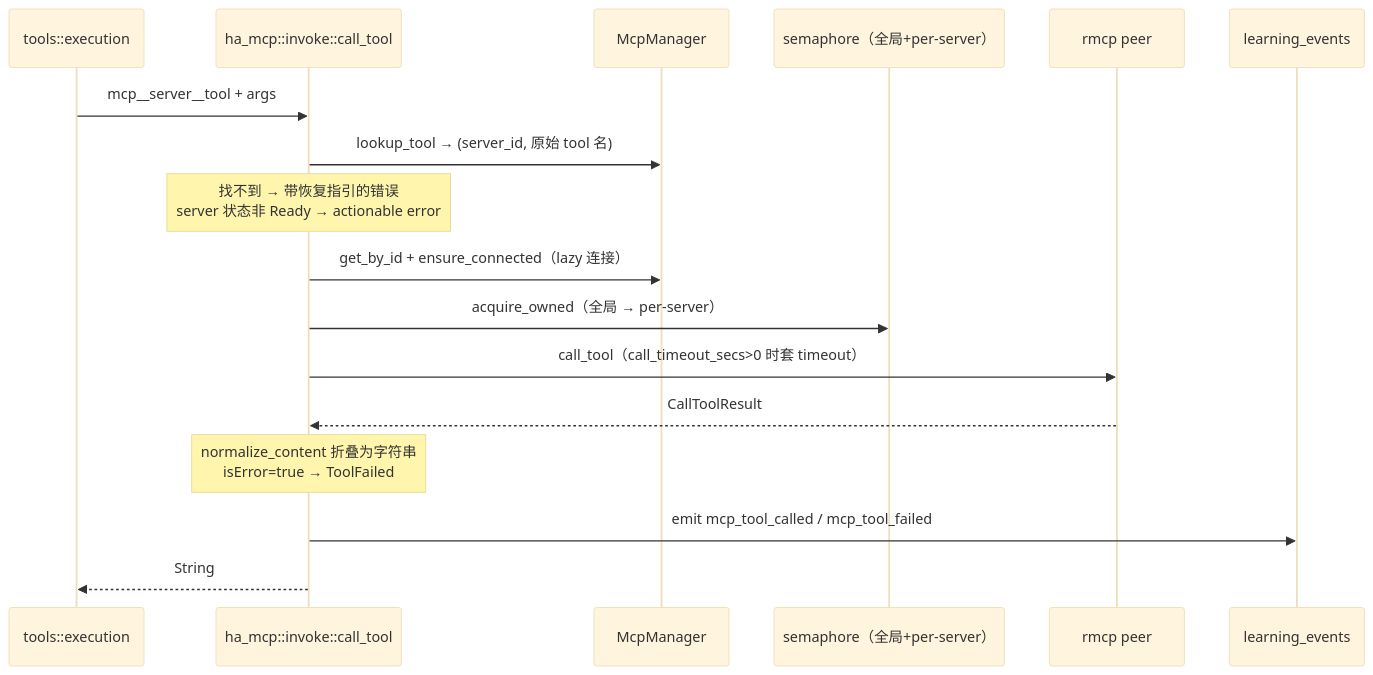
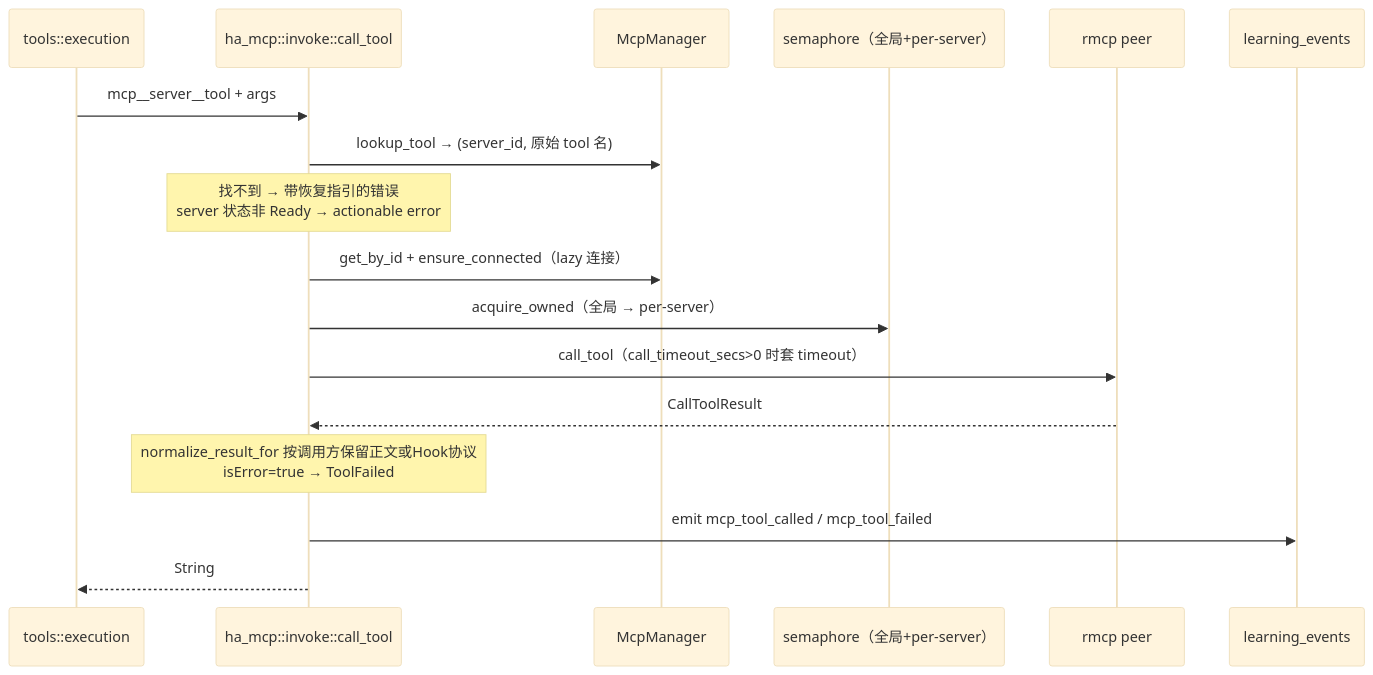
The fourth of 5 diagrams in mirrors/repos/shiwenwen@hope-agent/docs/architecture/integration/mcp.md (gabrielmoreira/agent-skills-mirror), drawn with Mermaid (base theme) before and after one commit. The commit also changed other lines of this file and 1911 other files, not shown here.

````diff
--- a/mirrors/repos/shiwenwen@hope-agent/docs/architecture/integration/mcp.md
+++ b/mirrors/repos/shiwenwen@hope-agent/docs/architecture/integration/mcp.md
@@ -291,20 +291,20 @@
 ```mermaid
 sequenceDiagram
     participant EX as tools::execution
     participant INV as ha_mcp::invoke::call_tool
     participant MGR as McpManager
     participant SEM as semaphore（全局+per-server）
     participant PEER as rmcp peer
     participant LE as learning_events
 
     EX->>INV: mcp__server__tool + args
     INV->>MGR: lookup_tool → (server_id, 原始 tool 名)
     Note over INV: 找不到 → 带恢复指引的错误<br/>server 状态非 Ready → actionable error
     INV->>MGR: get_by_id + ensure_connected（lazy 连接）
     INV->>SEM: acquire_owned（全局 → per-server）
     INV->>PEER: call_tool（call_timeout_secs>0 时套 timeout）
     PEER-->>INV: CallToolResult
-    Note over INV: normalize_content 折叠为字符串<br/>isError=true → ToolFailed
+    Note over INV: normalize_result_for 按调用方保留正文或Hook协议<br/>isError=true → ToolFailed
     INV->>LE: emit mcp_tool_called / mcp_tool_failed
     INV-->>EX: String
 ```
````
